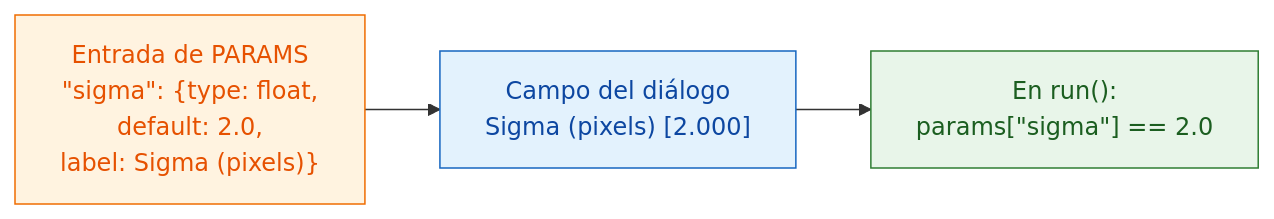
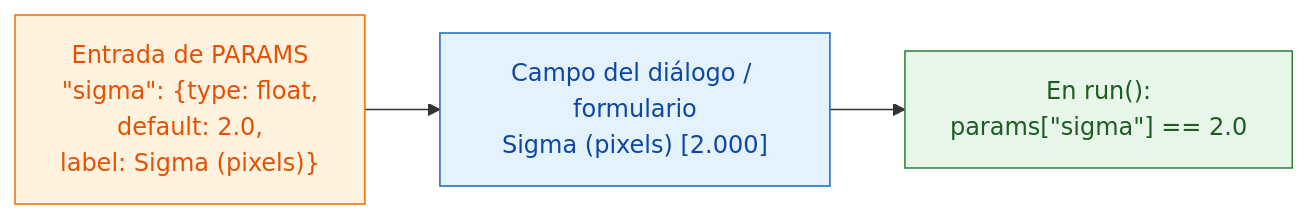
The diagram in guide/write/params.es.md (Oxford-Zeiss-Centre-of-Excellence/Wavu), drawn with Mermaid before and after one commit. The commit also changed other lines of this file and 70 other files, not shown here.

````diff
--- a/guide/write/params.es.md
+++ b/guide/write/params.es.md
@@ -12,11 +13,11 @@
 ```mermaid
 flowchart LR
     P["Entrada de PARAMS<br/>&quot;sigma&quot;: {type: float,<br/>default: 2.0,<br/>label: Sigma (pixels)}"]:::script
-    D["Campo del diálogo<br/>Sigma (pixels) [2.000]"]:::fiji
+    D["Campo del diálogo / formulario<br/>Sigma (pixels) [2.000]"]:::fiji
     R["En run():<br/>params[&quot;sigma&quot;] == 2.0"]:::worker
     P --> D --> R
 
     classDef fiji   fill:#e3f2fd,stroke:#1565c0,color:#0d47a1
     classDef worker fill:#e8f5e9,stroke:#2e7d32,color:#1b5e20
     classDef script fill:#fff3e0,stroke:#ef6c00,color:#e65100
 ```
````
